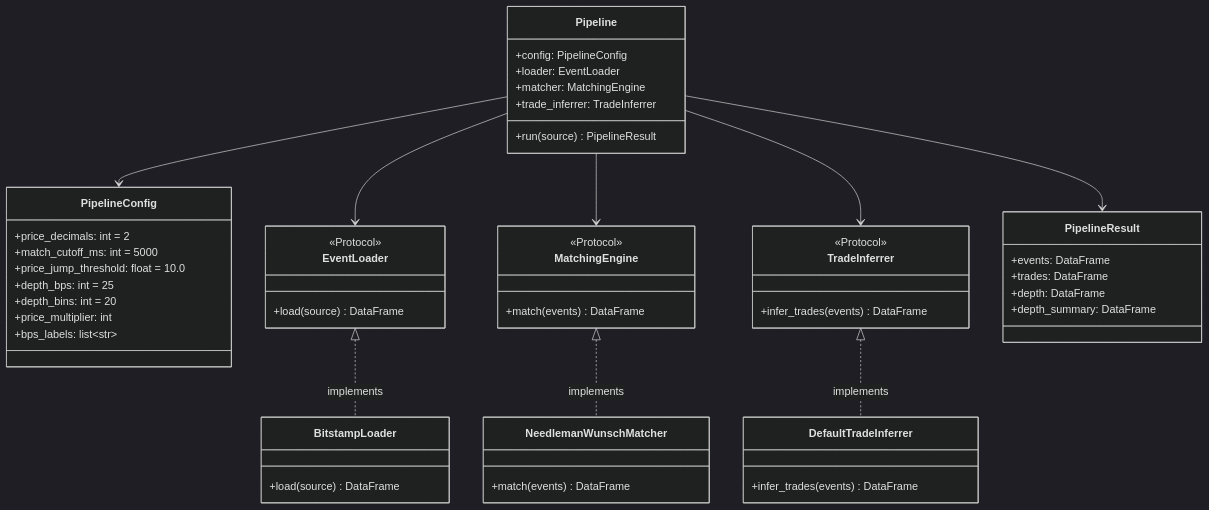
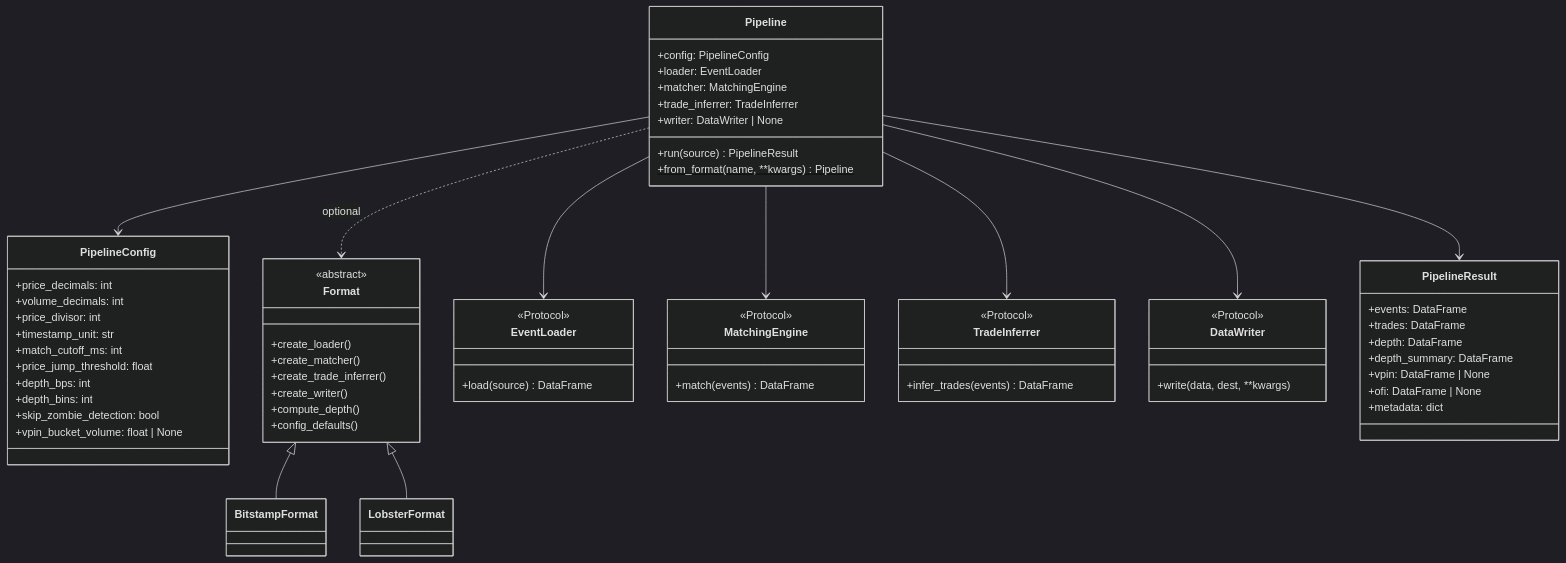
One commit to mczielinski/ob-analytics changed the diagram in README.md. Above: the diagram before and after it, drawn with Mermaid (dark theme). The commit also changed other lines of this file and 21 other files, not shown here.

````diff
--- a/README.md
+++ b/README.md
@@ -223,60 +148,75 @@
 ```mermaid
 classDiagram
     class Pipeline {
         +config: PipelineConfig
         +loader: EventLoader
         +matcher: MatchingEngine
         +trade_inferrer: TradeInferrer
+        +writer: DataWriter | None
         +run(source) PipelineResult
+        +from_format(name, **kwargs)$ Pipeline
     }
 
     class PipelineConfig {
-        +price_decimals: int = 2
-        +match_cutoff_ms: int = 5000
-        +price_jump_threshold: float = 10.0
-        +depth_bps: int = 25
-        +depth_bins: int = 20
-        +price_multiplier: int
-        +bps_labels: list~str~
+        +price_decimals: int
+        +volume_decimals: int
+        +price_divisor: int
+        +timestamp_unit: str
+        +match_cutoff_ms: int
+        +price_jump_threshold: float
+        +depth_bps: int
+        +depth_bins: int
+        +skip_zombie_detection: bool
+        +vpin_bucket_volume: float | None
     }
+
+    class Format {
+        <<abstract>>
+        +create_loader()
+        +create_matcher()
+        +create_trade_inferrer()
+        +create_writer()
+        +compute_depth()
+        +config_defaults()
+    }
+
+    class BitstampFormat
+    class LobsterFormat
 
     class EventLoader {
         <<Protocol>>
         +load(source) DataFrame
     }
     class MatchingEngine {
         <<Protocol>>
         +match(events) DataFrame
     }
     class TradeInferrer {
         <<Protocol>>
         +infer_trades(events) DataFrame
     }
-
-    class BitstampLoader {
-        +load(source) DataFrame
-    }
-    class NeedlemanWunschMatcher {
-        +match(events) DataFrame
-    }
-    class DefaultTradeInferrer {
-        +infer_trades(events) DataFrame
+    class DataWriter {
+        <<Protocol>>
+        +write(data, dest, **kwargs)
     }
 
     class PipelineResult {
         +events: DataFrame
         +trades: DataFrame
         +depth: DataFrame
         +depth_summary: DataFrame
+        +vpin: DataFrame | None
+        +ofi: DataFrame | None
+        +metadata: dict
     }
 
     Pipeline --> PipelineConfig
     Pipeline --> EventLoader
     Pipeline --> MatchingEngine
     Pipeline --> TradeInferrer
+    Pipeline --> DataWriter
     Pipeline --> PipelineResult
-
-    EventLoader <|.. BitstampLoader : implements
-    MatchingEngine <|.. NeedlemanWunschMatcher : implements
-    TradeInferrer <|.. DefaultTradeInferrer : implements
+    Pipeline ..> Format : optional
+    Format <|-- BitstampFormat
+    Format <|-- LobsterFormat
 ```
````
